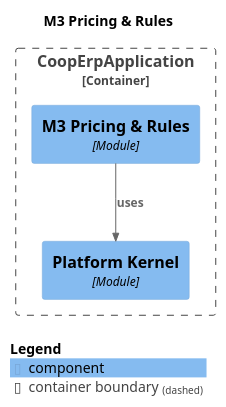
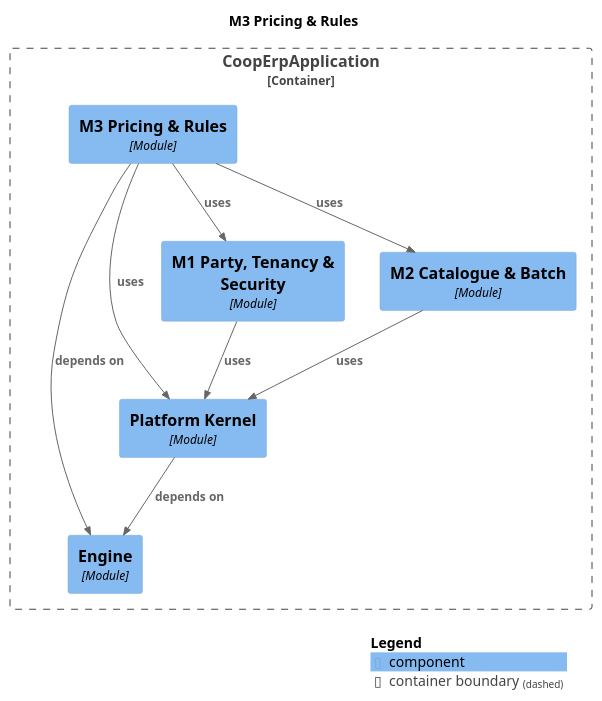
The diagram in docs/modules/module-m3pricing.puml (Knoweb/COOP_ERP), drawn with PlantUML before and after one commit. The commit also changed 71 other files, not shown here.

```diff
--- a/docs/modules/module-m3pricing.puml
+++ b/docs/modules/module-m3pricing.puml
@@ -1,19 +1,28 @@
 @startuml
 set separator none
 title M3 Pricing & Rules
 
 top to bottom direction
 
 !include <C4/C4>
 !include <C4/C4_Context>
 !include <C4/C4_Component>
 
 Container_Boundary("CoopErpApplication.CoopErpApplication_boundary", "CoopErpApplication", $tags="") {
+  Component(CoopErpApplication.CoopErpApplication.Engine, "Engine", $techn="Module", $descr="", $tags="", $link="")
   Component(CoopErpApplication.CoopErpApplication.PlatformKernel, "Platform Kernel", $techn="Module", $descr="", $tags="", $link="")
+  Component(CoopErpApplication.CoopErpApplication.M1PartyTenancySecurity, "M1 Party, Tenancy & Security", $techn="Module", $descr="", $tags="", $link="")
+  Component(CoopErpApplication.CoopErpApplication.M2CatalogueBatch, "M2 Catalogue & Batch", $techn="Module", $descr="", $tags="", $link="")
   Component(CoopErpApplication.CoopErpApplication.M3PricingRules, "M3 Pricing & Rules", $techn="Module", $descr="", $tags="", $link="")
 }
 
+Rel(CoopErpApplication.CoopErpApplication.M2CatalogueBatch, CoopErpApplication.CoopErpApplication.PlatformKernel, "uses", $techn="", $tags="", $link="")
+Rel(CoopErpApplication.CoopErpApplication.PlatformKernel, CoopErpApplication.CoopErpApplication.Engine, "depends on", $techn="", $tags="", $link="")
+Rel(CoopErpApplication.CoopErpApplication.M3PricingRules, CoopErpApplication.CoopErpApplication.Engine, "depends on", $techn="", $tags="", $link="")
+Rel(CoopErpApplication.CoopErpApplication.M3PricingRules, CoopErpApplication.CoopErpApplication.M2CatalogueBatch, "uses", $techn="", $tags="", $link="")
 Rel(CoopErpApplication.CoopErpApplication.M3PricingRules, CoopErpApplication.CoopErpApplication.PlatformKernel, "uses", $techn="", $tags="", $link="")
+Rel(CoopErpApplication.CoopErpApplication.M3PricingRules, CoopErpApplication.CoopErpApplication.M1PartyTenancySecurity, "uses", $techn="", $tags="", $link="")
+Rel(CoopErpApplication.CoopErpApplication.M1PartyTenancySecurity, CoopErpApplication.CoopErpApplication.PlatformKernel, "uses", $techn="", $tags="", $link="")
 
 SHOW_LEGEND(true)
 @enduml
```
